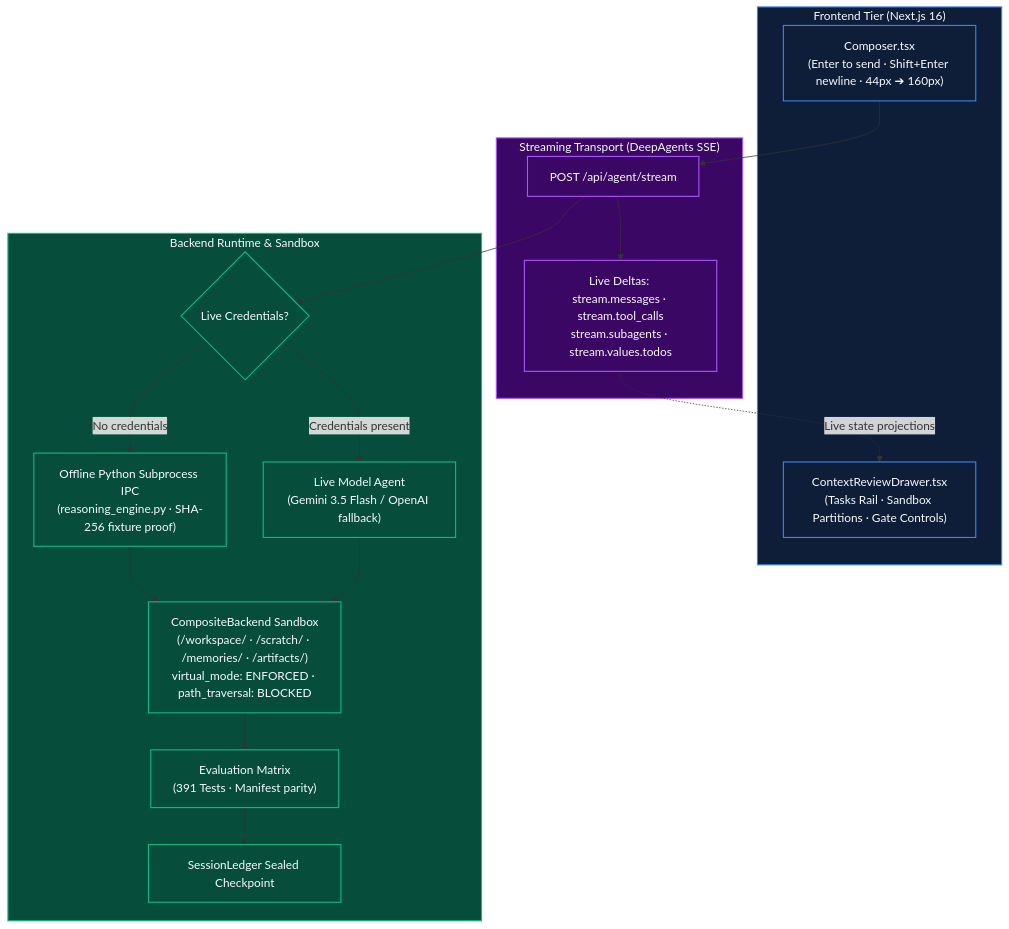
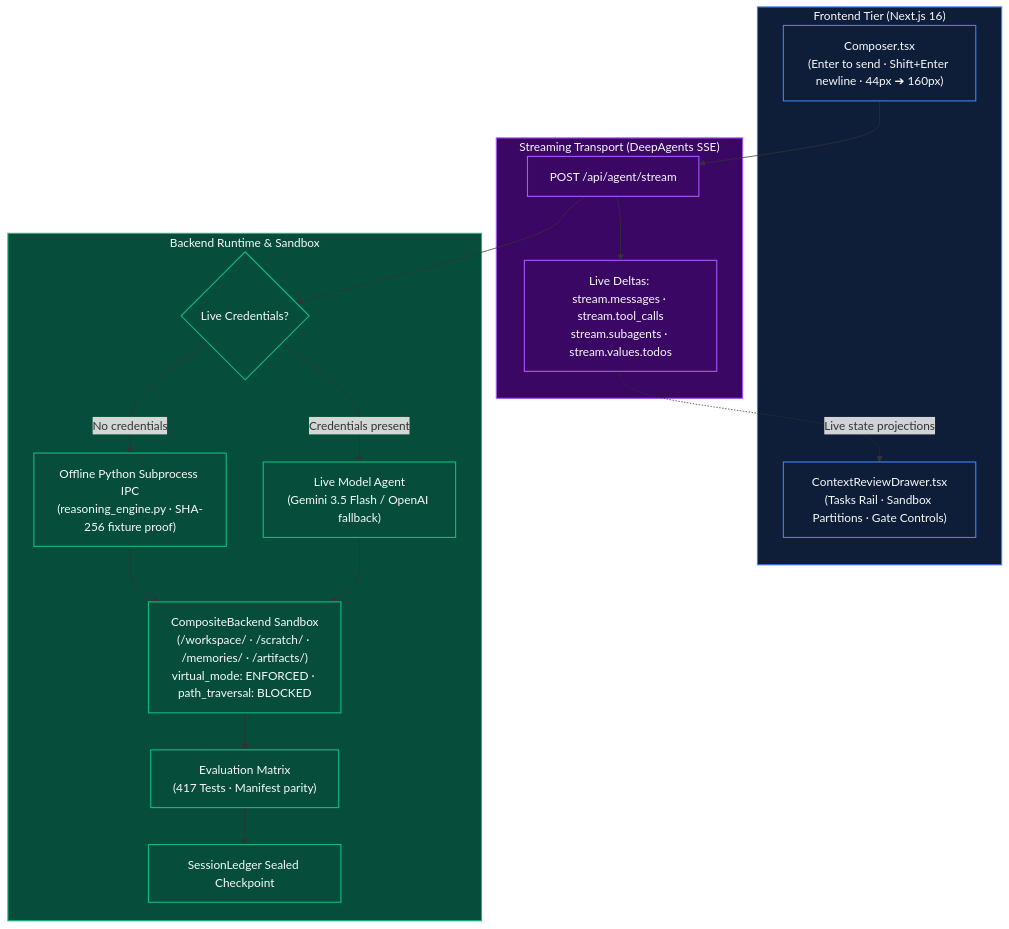
One commit to itz1508/oneshot_e2e changed the fourth of 4 diagrams in DIAGRAM.md. Above: the diagram before and after it, drawn with Mermaid. The commit also changed other lines of this file and 49 other files, not shown here.

````diff
--- a/DIAGRAM.md
+++ b/DIAGRAM.md
@@ -159,42 +159,42 @@
 ```mermaid
 flowchart TD
     subgraph UI_TIER["Frontend Tier (Next.js 16)"]
         COMP["Composer.tsx\n(Enter to send · Shift+Enter newline · 44px ➔ 160px)"]
         DRAWER["ContextReviewDrawer.tsx\n(Tasks Rail · Sandbox Partitions · Gate Controls)"]
     end
 
     subgraph SSE_TIER["Streaming Transport (DeepAgents SSE)"]
         POST_REQ["POST /api/agent/stream"]
         SSE_DELTAS["Live Deltas: stream.messages · stream.tool_calls\nstream.subagents · stream.values.todos"]
     end
 
     subgraph BACKEND_TIER["Backend Runtime & Sandbox"]
         AUTH_ROUTER{"Live Credentials?"}
         PY_SUB["Offline Python Subprocess IPC\n(reasoning_engine.py · SHA-256 fixture proof)"]
         STRANDS_AGENT["Live Model Agent\n(Gemini 3.5 Flash / OpenAI fallback)"]
         SANDBOX["CompositeBackend Sandbox\n(/workspace/ · /scratch/ · /memories/ · /artifacts/)\nvirtual_mode: ENFORCED · path_traversal: BLOCKED"]
-        TESTS["Evaluation Matrix\n(391 Tests · Manifest parity)"]
+        TESTS["Evaluation Matrix\n(417 Tests · Manifest parity)"]
         LEDGER["SessionLedger Sealed Checkpoint"]
     end
 
     COMP --> POST_REQ
     POST_REQ --> SSE_DELTAS
     SSE_DELTAS -.->|"Live state projections"| DRAWER
 
     POST_REQ --> AUTH_ROUTER
     AUTH_ROUTER -->|"No credentials"| PY_SUB
     AUTH_ROUTER -->|"Credentials present"| STRANDS_AGENT
 
     PY_SUB --> SANDBOX
     STRANDS_AGENT --> SANDBOX
     SANDBOX --> TESTS
     TESTS --> LEDGER
 
     classDef blue fill:#0e1e38,stroke:#3b82f6,stroke-width:1.5px,color:#f8fafc;
     classDef purple fill:#3b0764,stroke:#a855f7,stroke-width:1.5px,color:#f8fafc;
     classDef green fill:#064e3b,stroke:#10b981,stroke-width:1.5px,color:#f8fafc;
 
     class UI_TIER,COMP,DRAWER blue;
     class SSE_TIER,POST_REQ,SSE_DELTAS purple;
     class BACKEND_TIER,AUTH_ROUTER,PY_SUB,STRANDS_AGENT,SANDBOX,TESTS,LEDGER green;
 ```
````
